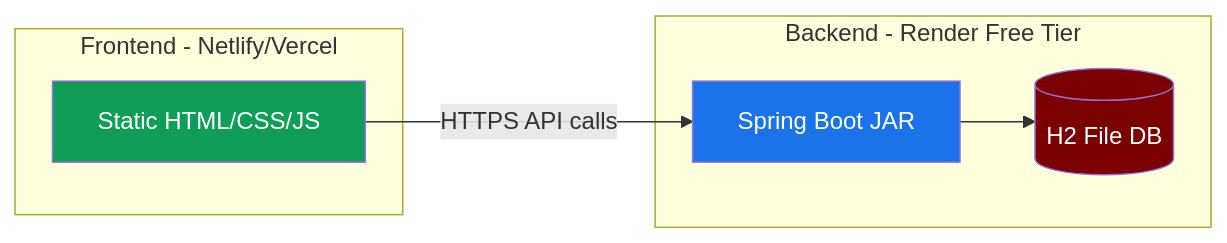
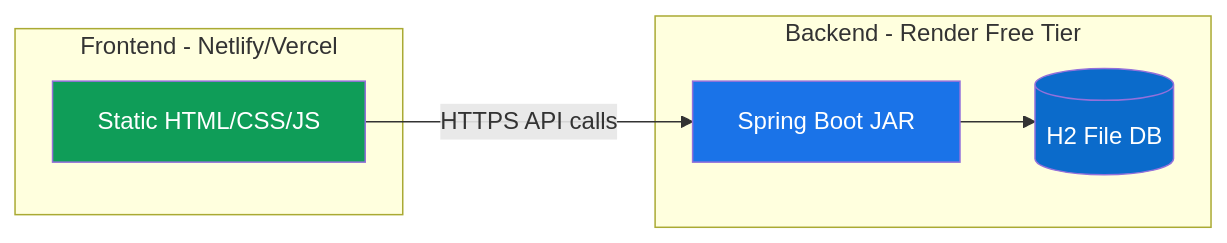
One commit to Salimmadeit/UniTrack changed the sixth of 6 diagrams in docs/architecture.md. Above: the diagram before and after it, drawn with Mermaid. The commit also changed other lines of this file and 29 other files, not shown here.

````diff
--- a/docs/architecture.md
+++ b/docs/architecture.md
@@ -200,18 +200,18 @@
 ```mermaid
 graph LR
     subgraph "Frontend - Netlify/Vercel"
         FE[Static HTML/CSS/JS]
     end
 
     subgraph "Backend - Render Free Tier"
         BE[Spring Boot JAR]
         H2[(H2 File DB)]
     end
 
     FE -->|HTTPS API calls| BE
     BE --> H2
 
     style FE fill:#0F9D58,color:#fff
     style BE fill:#1A73E8,color:#fff
-    style H2 fill:#7B0000,color:#fff
+    style H2 fill:#0B6BCB,color:#fff
 ```
````
